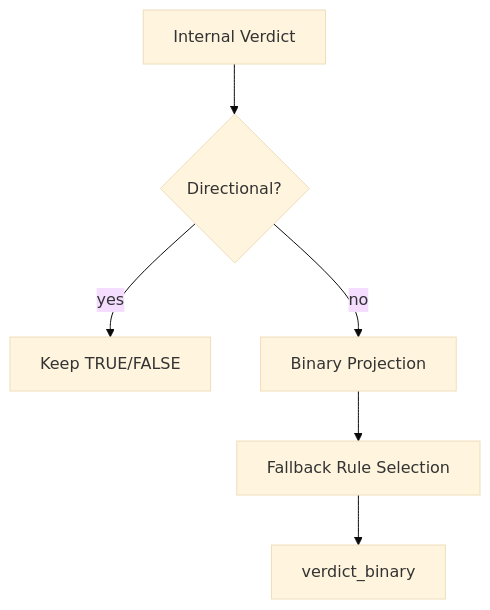
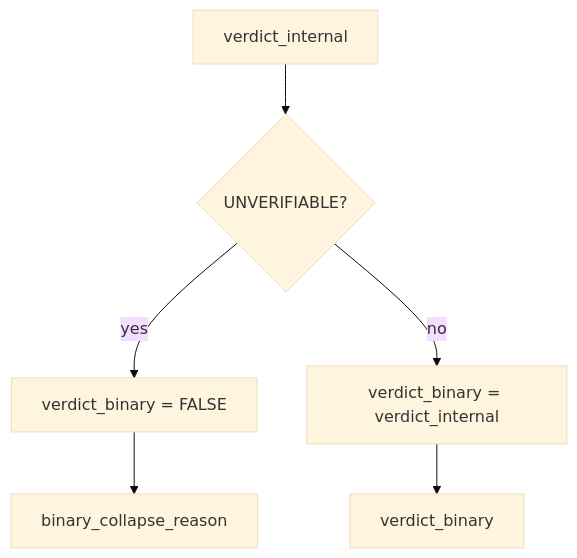
Before and after one commit to Luxia-AI/docs: the second of 6 diagrams in methodology/figures-highlevel/03-verdict-calibration-evaluation-pack.md, drawn with Mermaid (base theme). The commit also changed other lines of this file and 11 other files, not shown here.

````diff
--- a/methodology/figures-highlevel/03-verdict-calibration-evaluation-pack.md
+++ b/methodology/figures-highlevel/03-verdict-calibration-evaluation-pack.md
@@ -34,8 +34,8 @@
 ```mermaid
 flowchart TD
-  A[Internal Verdict] --> B{Directional?}
-  B -->|yes| C[Keep TRUE/FALSE]
-  B -->|no| D[Binary Projection]
-  D --> E[Fallback Rule Selection]
-  E --> F[verdict_binary]
+  A[verdict_internal] --> B{UNVERIFIABLE?}
+  B -->|yes| C[verdict_binary = FALSE]
+  B -->|no| D[verdict_binary = verdict_internal]
+  C --> E[binary_collapse_reason]
+  D --> F[verdict_binary]
 ```
````
